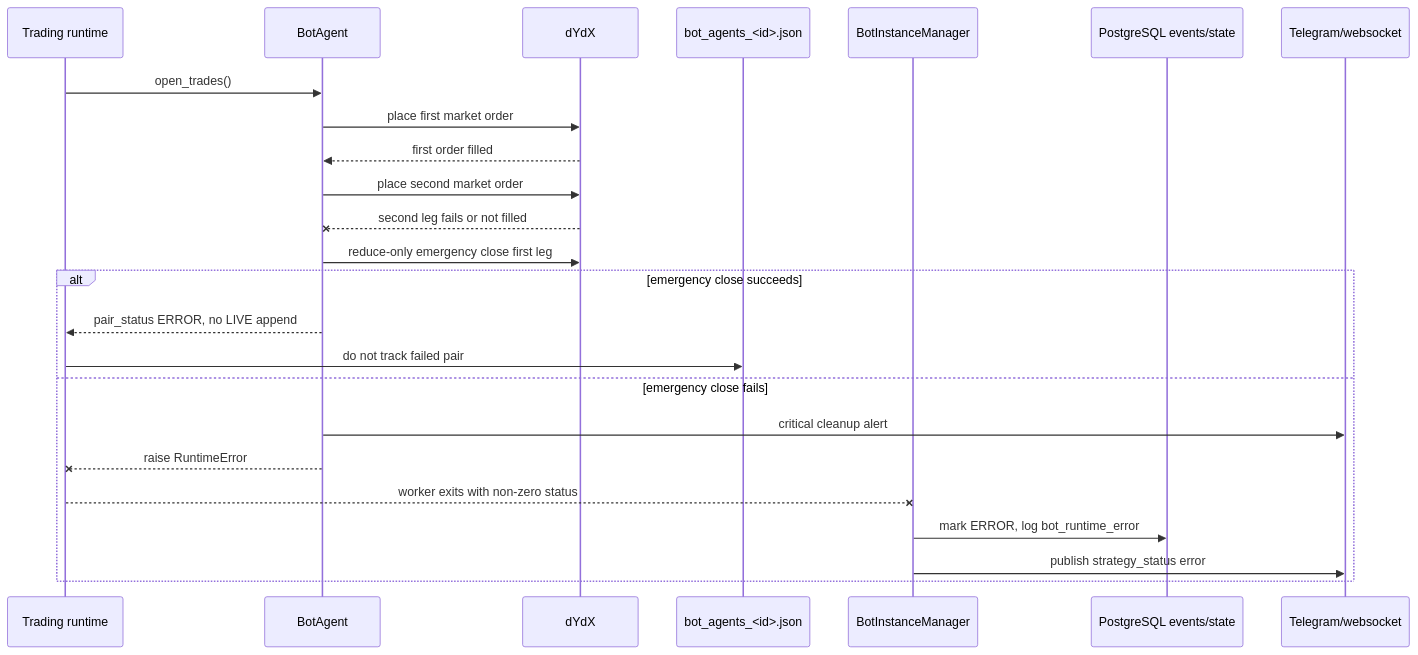
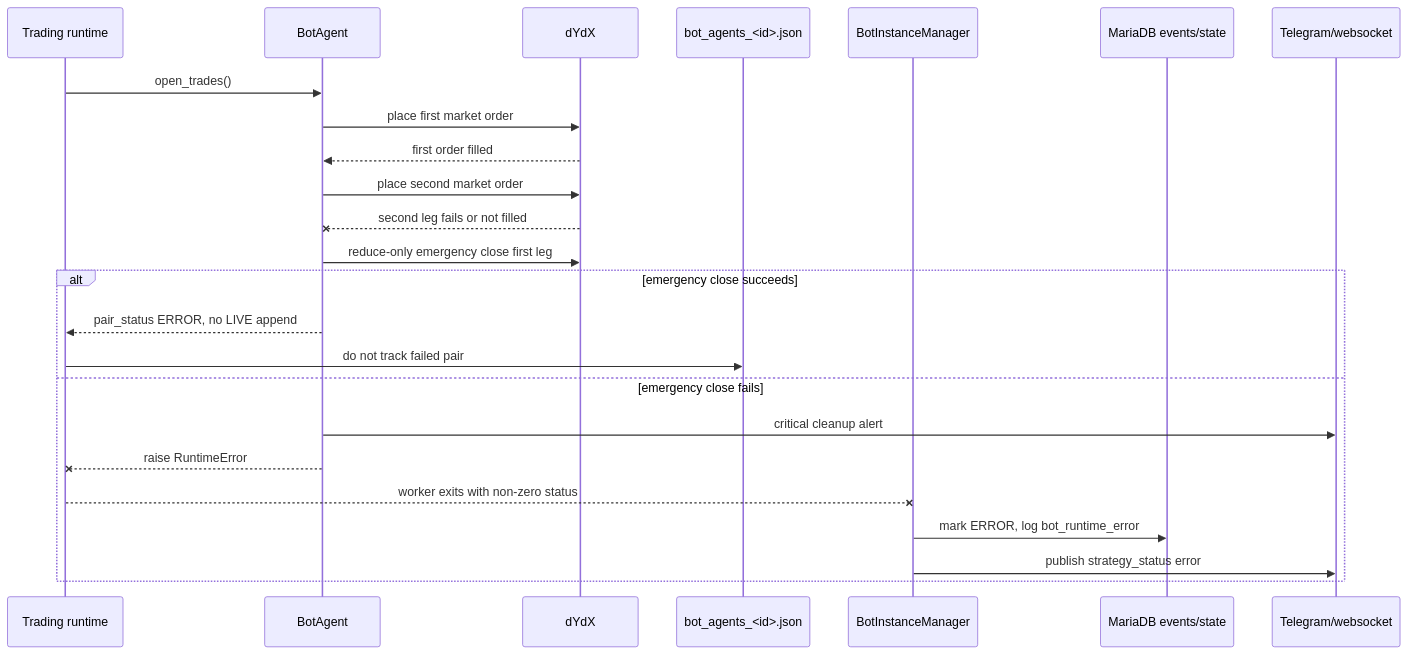
The eighth of 9 diagrams in bot/docs/BOT_FLOWS.md (cploutarchou/dydx-trading-bot), drawn with Mermaid before and after one commit. The commit also changed other lines of this file and 128 other files, not shown here.

First line of the commit message:
feat: migrate from PostgreSQL to MariaDB 11.4

````diff
--- a/bot/docs/BOT_FLOWS.md
+++ b/bot/docs/BOT_FLOWS.md
@@ -485,27 +485,27 @@
 ```mermaid
 sequenceDiagram
     participant Runtime as Trading runtime
     participant Agent as BotAgent
     participant Exchange as dYdX
     participant Files as bot_agents_<id>.json
     participant Manager as BotInstanceManager
-    participant DB as PostgreSQL events/state
+    participant DB as MariaDB events/state
     participant Alert as Telegram/websocket
 
     Runtime->>Agent: open_trades()
     Agent->>Exchange: place first market order
     Exchange-->>Agent: first order filled
     Agent->>Exchange: place second market order
     Exchange--x Agent: second leg fails or not filled
     Agent->>Exchange: reduce-only emergency close first leg
     alt emergency close succeeds
         Agent-->>Runtime: pair_status ERROR, no LIVE append
         Runtime->>Files: do not track failed pair
     else emergency close fails
         Agent->>Alert: critical cleanup alert
         Agent--x Runtime: raise RuntimeError
         Runtime--x Manager: worker exits with non-zero status
         Manager->>DB: mark ERROR, log bot_runtime_error
         Manager->>Alert: publish strategy_status error
     end
 ```
````
